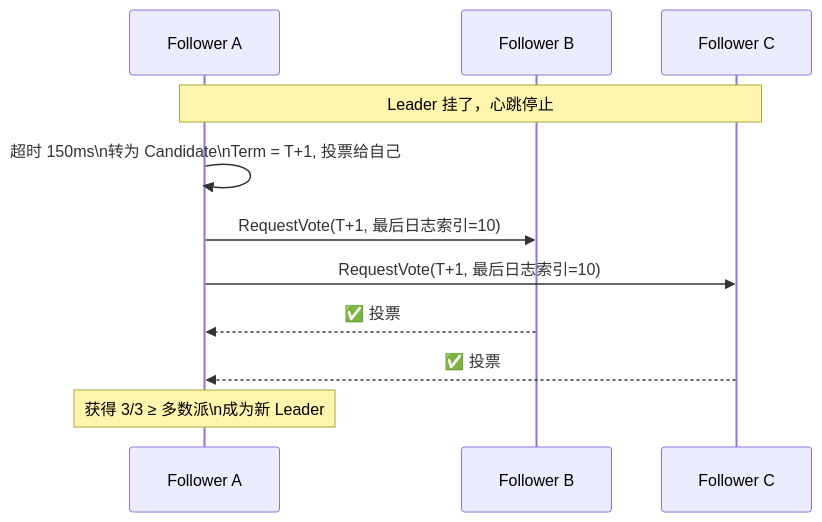
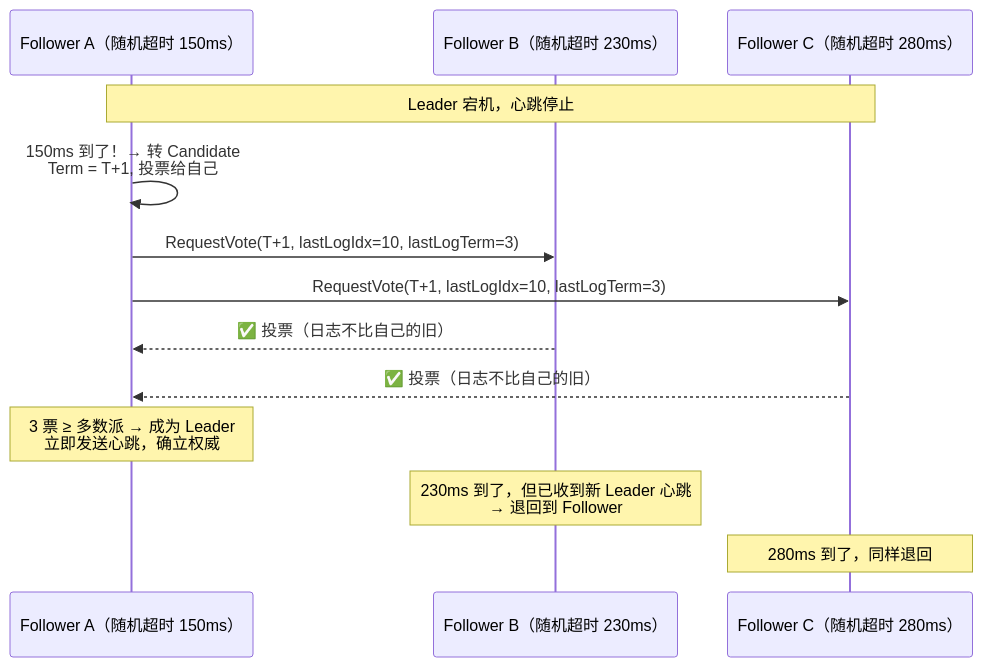
The second of 4 diagrams in content/posts/分布式/Raft共识算法图解——从选主到日志复制.md (guozy502/my-tech-blog), drawn with Mermaid before and after one commit. The commit also changed other lines of this file and 52 other files, not shown here.

````diff
--- a/content/posts/分布式/Raft共识算法图解——从选主到日志复制.md
+++ b/content/posts/分布式/Raft共识算法图解——从选主到日志复制.md
@@ -70,17 +50,20 @@
 ```mermaid
 sequenceDiagram
-    participant F1 as Follower A
-    participant F2 as Follower B
-    participant F3 as Follower C
+    participant F1 as Follower A（随机超时 150ms）
+    participant F2 as Follower B（随机超时 230ms）
+    participant F3 as Follower C（随机超时 280ms）
     
-    Note over F1,F3: Leader 挂了，心跳停止
+    Note over F1,F3: Leader 宕机，心跳停止
     
-    F1->>F1: 超时 150ms\n转为 Candidate\nTerm = T+1, 投票给自己
-    F1->>F2: RequestVote(T+1, 最后日志索引=10)
-    F1->>F3: RequestVote(T+1, 最后日志索引=10)
+    F1->>F1: 150ms 到了！→ 转 Candidate<br/>Term = T+1, 投票给自己
+    F1->>F2: RequestVote(T+1, lastLogIdx=10, lastLogTerm=3)
+    F1->>F3: RequestVote(T+1, lastLogIdx=10, lastLogTerm=3)
     
-    F2-->>F1: ✅ 投票
-    F3-->>F1: ✅ 投票
+    F2-->>F1: ✅ 投票（日志不比自己的旧）
+    F3-->>F1: ✅ 投票（日志不比自己的旧）
     
-    Note over F1: 获得 3/3 ≥ 多数派\n成为新 Leader
+    Note over F1: 3 票 ≥ 多数派 → 成为 Leader<br/>立即发送心跳，确立权威
+    
+    Note over F2: 230ms 到了，但已收到新 Leader 心跳<br/>→ 退回到 Follower
+    Note over F3: 280ms 到了，同样退回
 ```
````
